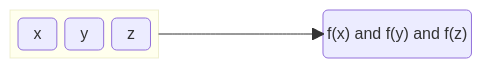
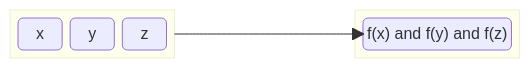
The ninth of 11 diagrams in apps/blog/pages/docs/js/array.mdx (wdyjwdy/blog-mono), drawn with Mermaid before and after one commit. The commit also changed other lines of this file, not shown here.

````diff
--- a/apps/blog/pages/docs/js/array.mdx
+++ b/apps/blog/pages/docs/js/array.mdx
@@ -298,11 +374,14 @@
 ```mermaid
 block-beta
-  columns 4
+  columns 3
   block:b1
    x("x") y("y") z("z")
   end
   space
-  a("f(x) and f(y) and f(z)")
+  block:b2
+   a("f(x) and f(y) and f(z)")
+  end
 b1 --> a
 class b1 Line
+class b2 Text
 ```
````
